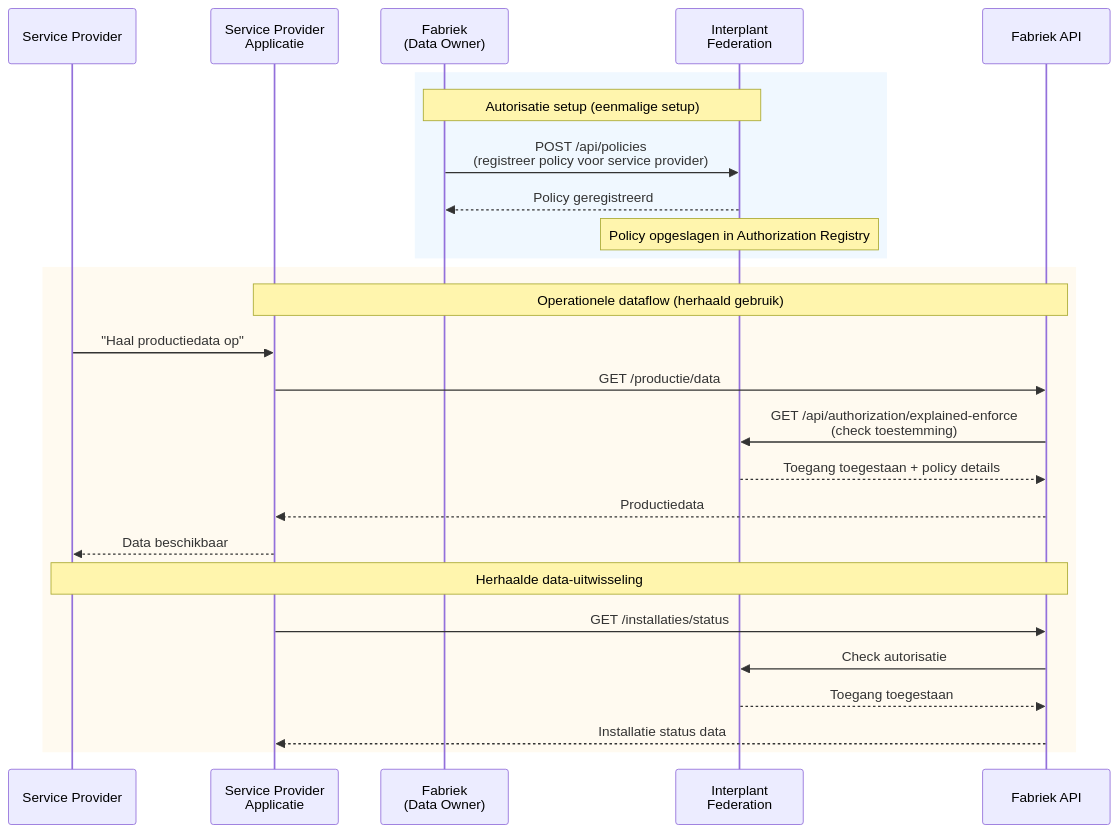
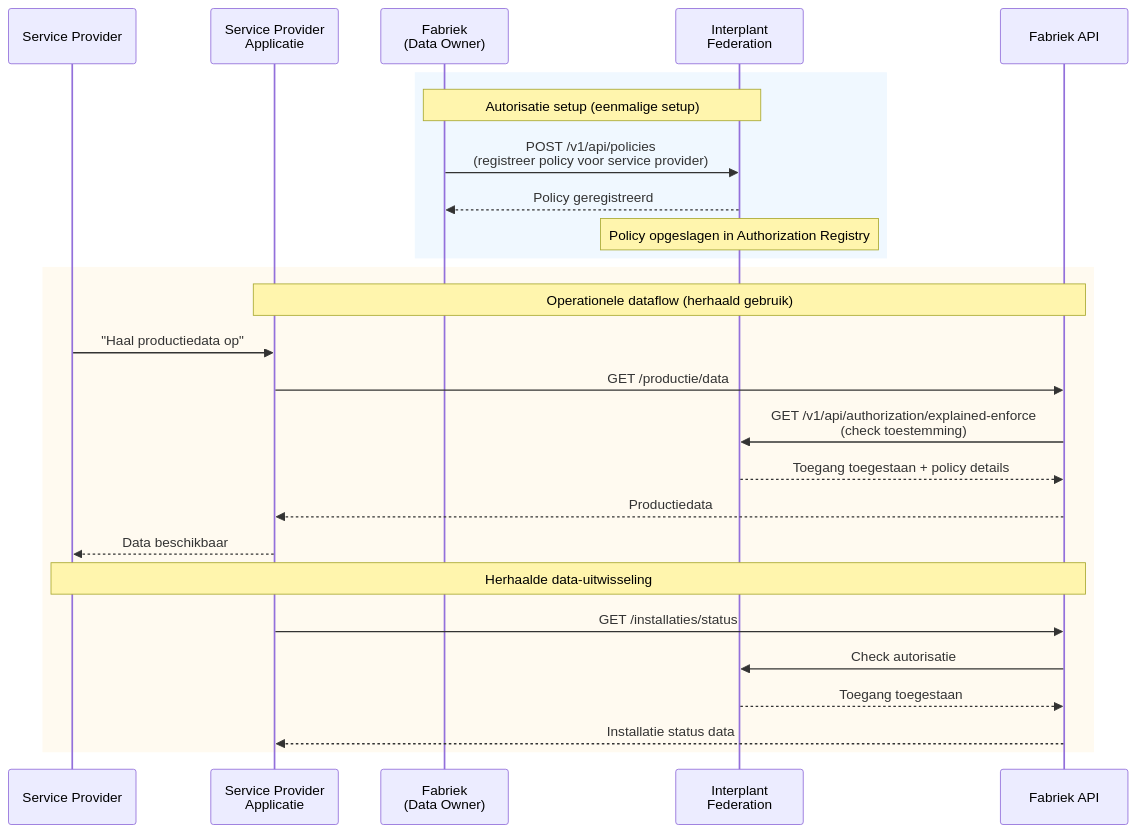
The diagram in cgiipf/fabriek-data-toegang.md (POORT8/Poort8.Docs), drawn with Mermaid before and after one commit. The commit also changed other lines of this file, not shown here.

Commit message:
Deploy cgiipf docs: 6e06a5beae272c72eed9c70ff3568d77f3adb193

````diff
--- a/cgiipf/fabriek-data-toegang.md
+++ b/cgiipf/fabriek-data-toegang.md
@@ -15,35 +15,35 @@
 ```mermaid
 sequenceDiagram
     participant SP as Service Provider
     participant App as Service Provider<br/>Applicatie
     participant Fabriek as Fabriek<br/>(Data Owner)
     participant IPF as Interplant<br/>Federation
     participant API as Fabriek API
 
     rect rgb(240, 248, 255)
         Note over Fabriek,IPF: Autorisatie setup (eenmalige setup)
 
-        Fabriek->>IPF: POST /api/policies<br/>(registreer policy voor service provider)
+        Fabriek->>IPF: POST /v1/api/policies<br/>(registreer policy voor service provider)
         IPF-->>Fabriek: Policy geregistreerd
         Note over IPF: Policy opgeslagen in Authorization Registry
     end
 
     rect rgb(255, 250, 240)
         Note over App,API: Operationele dataflow (herhaald gebruik)
 
         SP->>App: "Haal productiedata op"
         App->>API: GET /productie/data
 
-        API->>IPF: GET /api/authorization/explained-enforce<br/>(check toestemming)
+        API->>IPF: GET /v1/api/authorization/explained-enforce<br/>(check toestemming)
         IPF-->>API: Toegang toegestaan + policy details
 
         API-->>App: Productiedata
         App-->>SP: Data beschikbaar
 
         Note over SP,API: Herhaalde data-uitwisseling
         App->>API: GET /installaties/status
         API->>IPF: Check autorisatie
         IPF-->>API: Toegang toegestaan
         API-->>App: Installatie status data
     end
 ```
````
